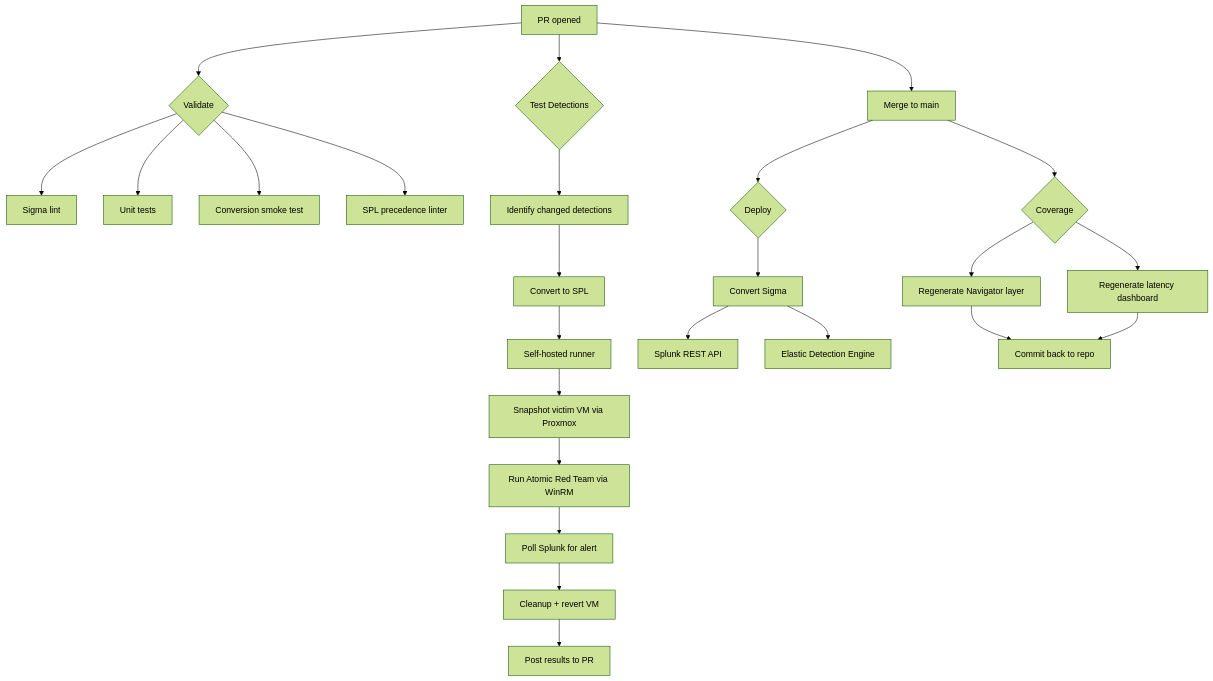
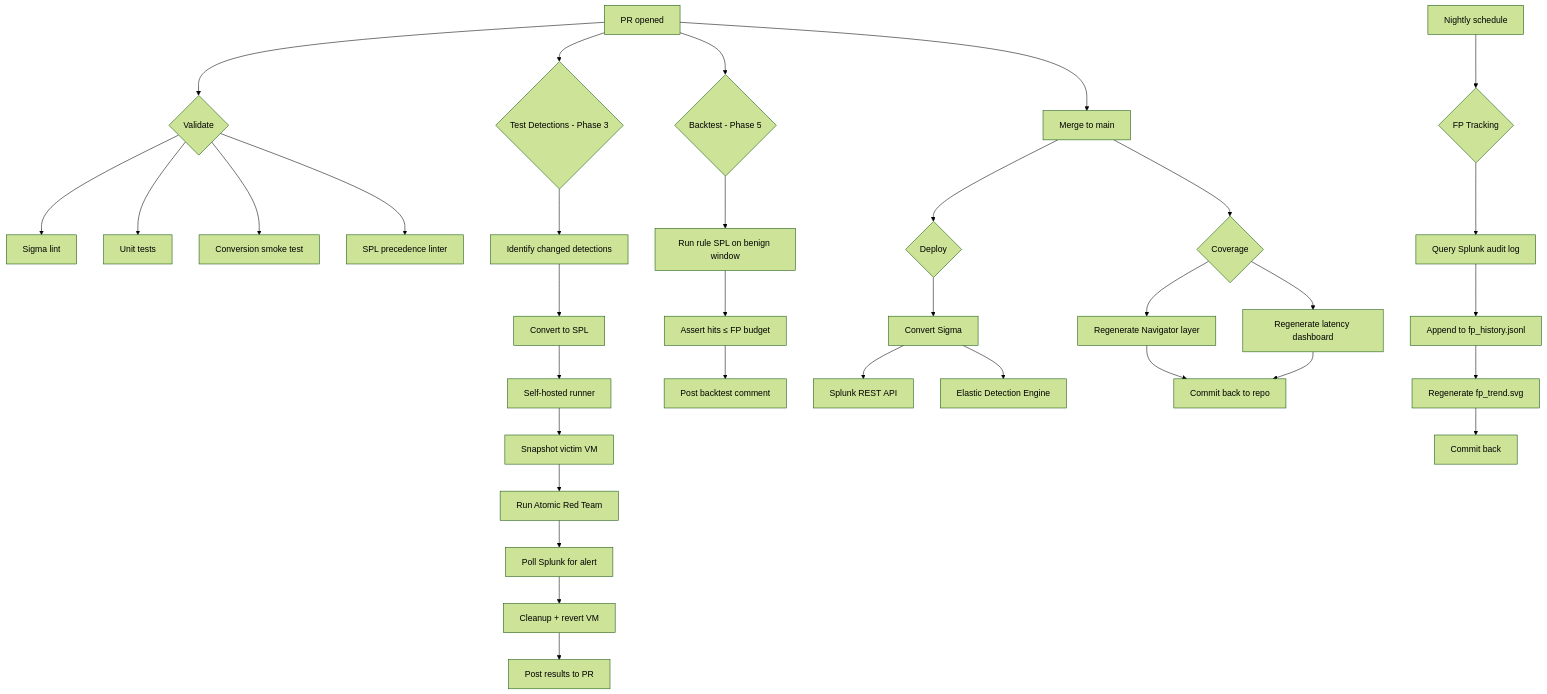
The diagram in README.md (sammyHa/detection-as-code), drawn with Mermaid (forest theme) before and after one commit. The commit also changed other lines of this file and 14 other files, not shown here.

First line of the commit message:
feat: Phase 5 — backtest, FP rate tracking, retirement workflow

````diff
--- a/README.md
+++ b/README.md
@@ -39,30 +46,41 @@
 ```mermaid
 flowchart TB
     A[PR opened] --> B{Validate}
     B --> B1[Sigma lint]
     B --> B2[Unit tests]
     B --> B3[Conversion smoke test]
     B --> B4[SPL precedence linter]
 
-    A --> C{Test Detections}
+    A --> C{Test Detections - Phase 3}
     C --> C1[Identify changed detections]
     C1 --> C2[Convert to SPL]
     C2 --> D[Self-hosted runner]
-    D --> D1[Snapshot victim VM via Proxmox]
-    D1 --> D2[Run Atomic Red Team via WinRM]
+    D --> D1[Snapshot victim VM]
+    D1 --> D2[Run Atomic Red Team]
     D2 --> D3[Poll Splunk for alert]
     D3 --> D4[Cleanup + revert VM]
     D4 --> D5[Post results to PR]
+
+    A --> BT{Backtest - Phase 5}
+    BT --> BT1[Run rule SPL on benign window]
+    BT1 --> BT2[Assert hits ≤ FP budget]
+    BT2 --> BT3[Post backtest comment]
 
     A --> M[Merge to main]
     M --> N{Deploy}
     N --> N1[Convert Sigma]
     N1 --> N2[Splunk REST API]
     N1 --> N3[Elastic Detection Engine]
 
     M --> CV{Coverage}
     CV --> CV1[Regenerate Navigator layer]
     CV --> CV2[Regenerate latency dashboard]
     CV1 --> CV3[Commit back to repo]
     CV2 --> CV3
+
+    SCH[Nightly schedule] --> FP{FP Tracking}
+    FP --> FP1[Query Splunk audit log]
+    FP1 --> FP2[Append to fp_history.jsonl]
+    FP2 --> FP3[Regenerate fp_trend.svg]
+    FP3 --> FP4[Commit back]
 ```
````
